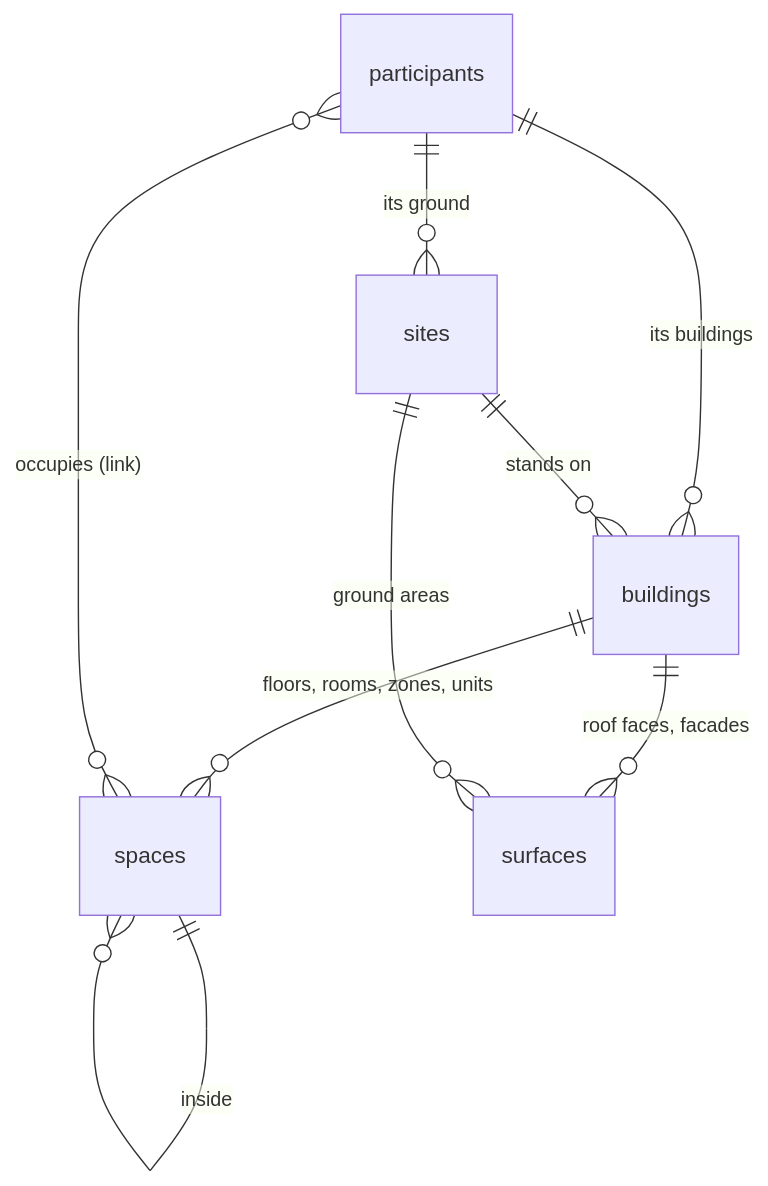
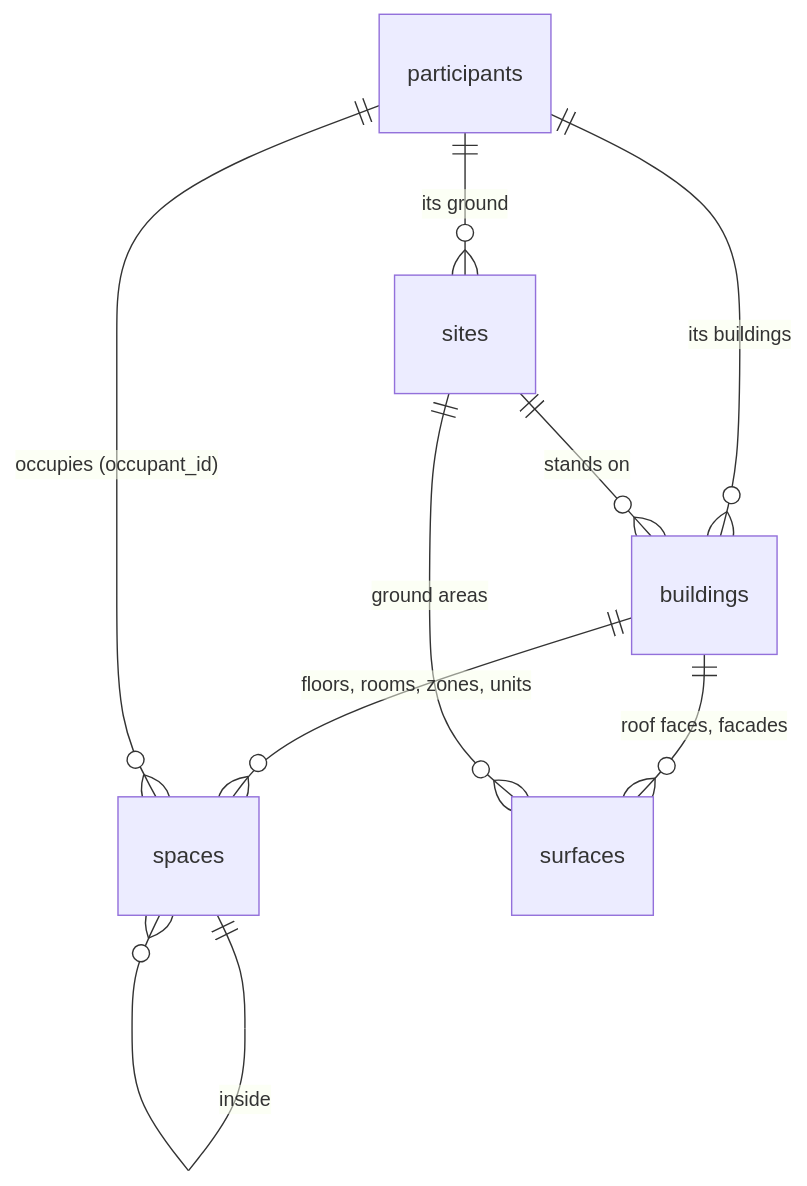
The second of 2 diagrams in docs/model.md (nexgen-os/nexgen-os), drawn with Mermaid before and after one commit. The commit also changed other lines of this file and 27 other files, not shown here.

````diff
--- a/docs/model.md
+++ b/docs/model.md
@@ -60,11 +54,11 @@
 ```mermaid
 erDiagram
   participants ||--o{ sites : "its ground"
   participants ||--o{ buildings : "its buildings"
   sites ||--o{ buildings : "stands on"
   buildings ||--o{ spaces : "floors, rooms, zones, units"
   spaces ||--o{ spaces : "inside"
   buildings ||--o{ surfaces : "roof faces, facades"
   sites ||--o{ surfaces : "ground areas"
-  participants }o--o{ spaces : "occupies (link)"
+  participants ||--o{ spaces : "occupies (occupant_id)"
 ```
````
